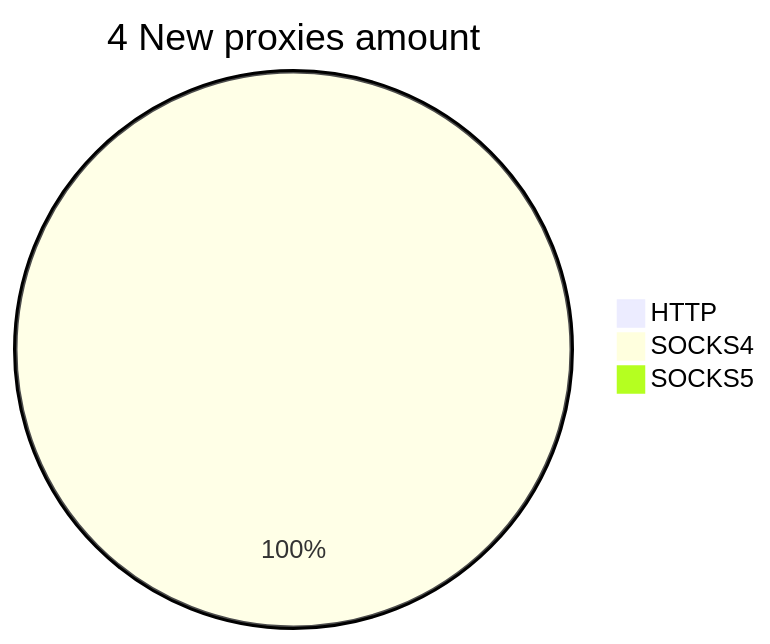
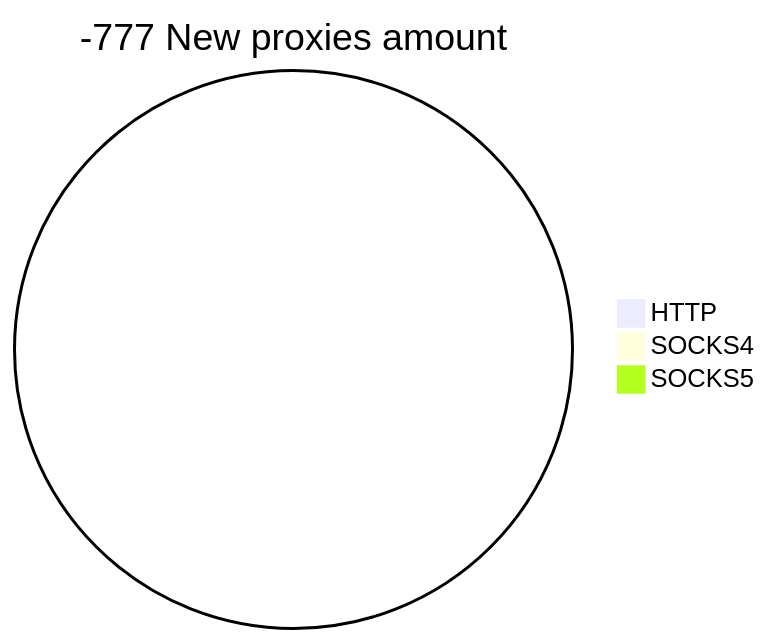
One commit to cutipu/proxylist changed the second of 2 diagrams in README.md. Above: the diagram before and after it, drawn with Mermaid. The commit also changed other lines of this file, not shown here.

````diff
--- a/README.md
+++ b/README.md
@@ -10,6 +10,6 @@
 ```mermaid
-pie title 4 New proxies amount
+pie title -777 New proxies amount
     "HTTP" : 0
-    "SOCKS4" : 5
+    "SOCKS4" : 0
     "SOCKS5" : 0
 ```
````
